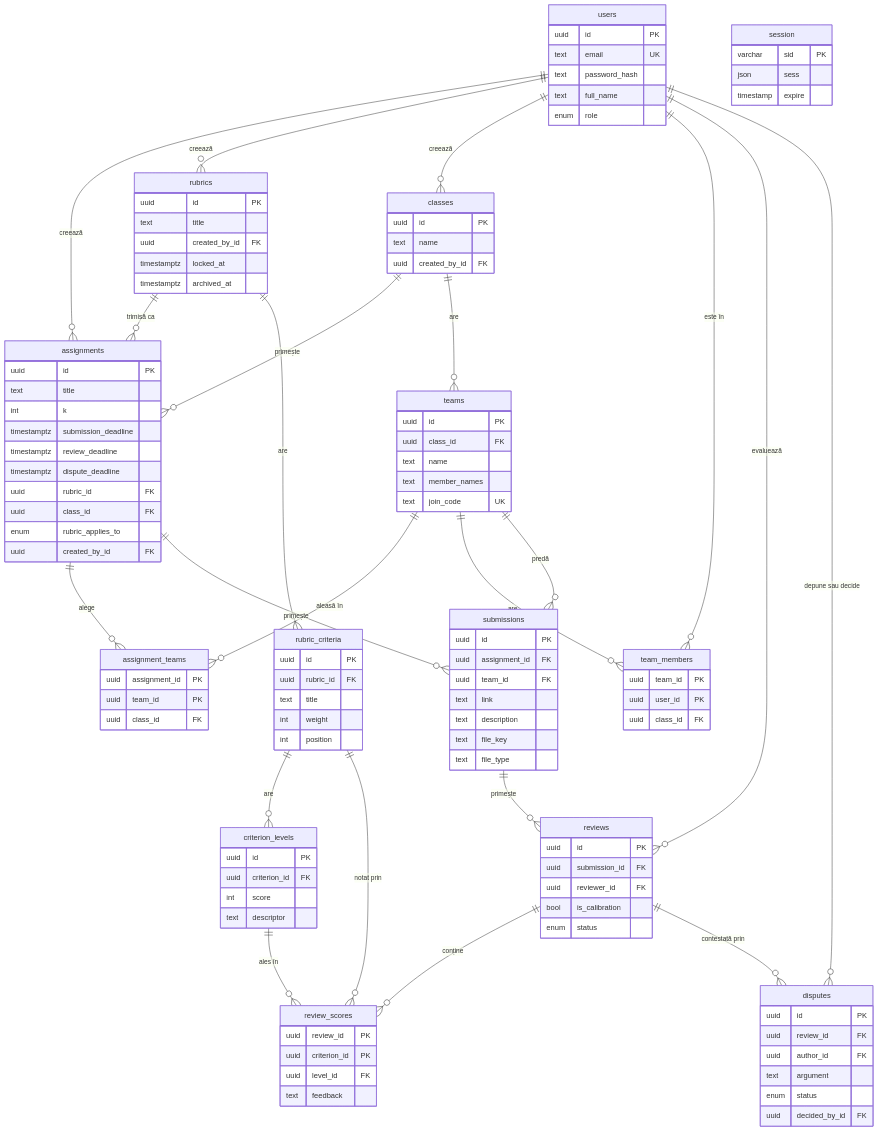
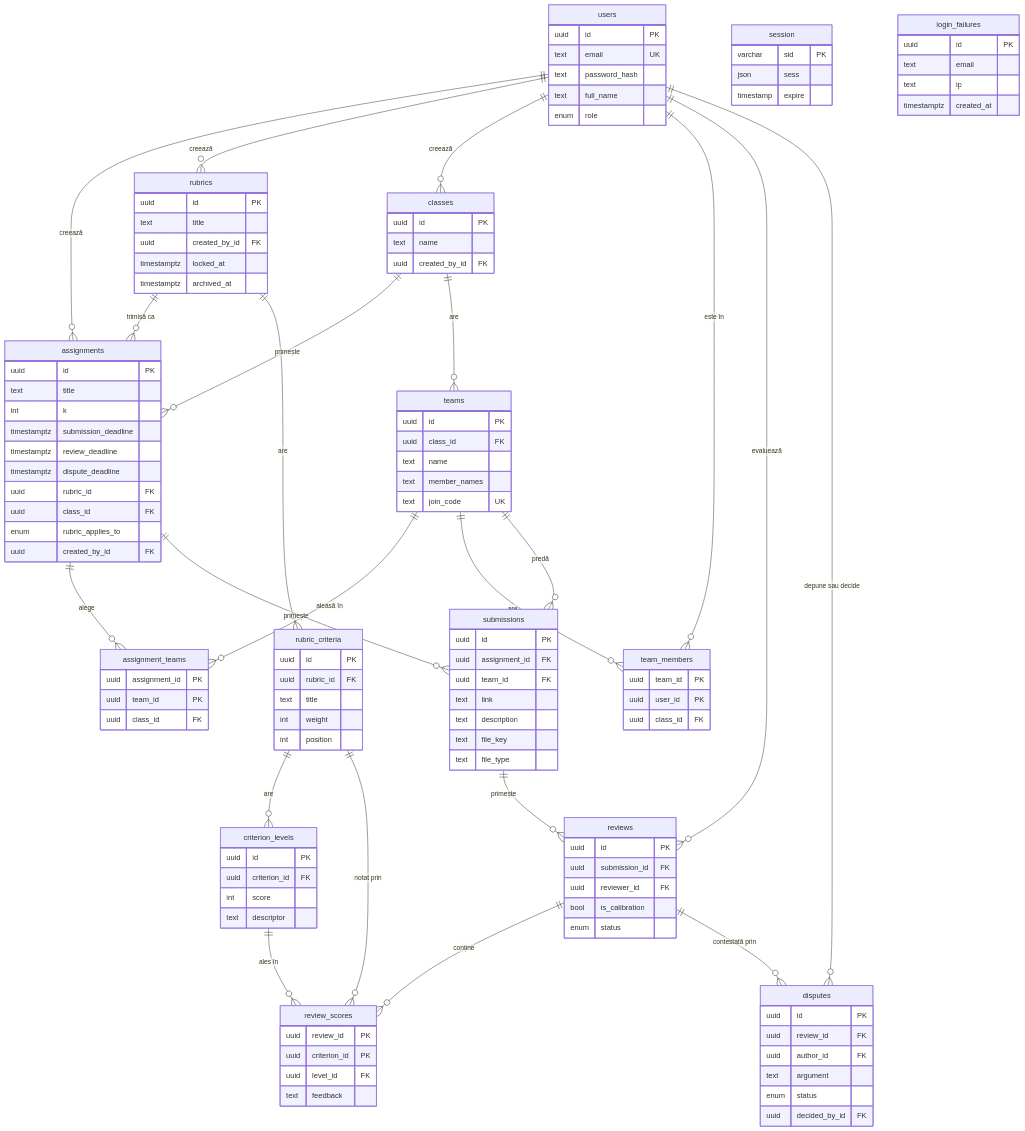
The diagram in docs/db-schema.md (RaduToolatenow/Peer-review-double-blind-pentru-proiecte), drawn with Mermaid before and after one commit. The commit also changed other lines of this file and 7 other files, not shown here.

````diff
--- a/docs/db-schema.md
+++ b/docs/db-schema.md
@@ -122,4 +122,10 @@
         json sess
         timestamp expire
     }
+    login_failures {
+        uuid id PK
+        text email
+        text ip
+        timestamptz created_at
+    }
 ```
````
